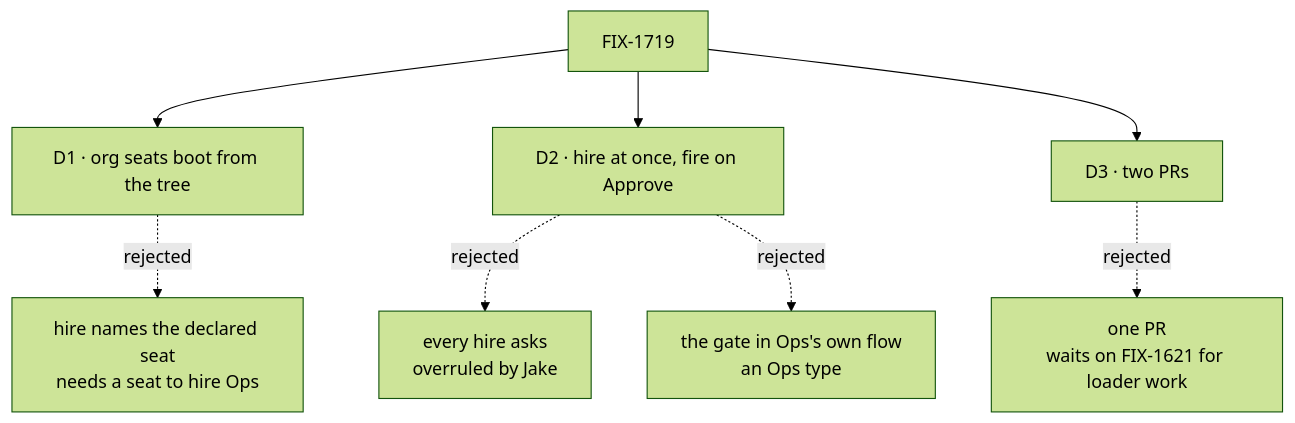
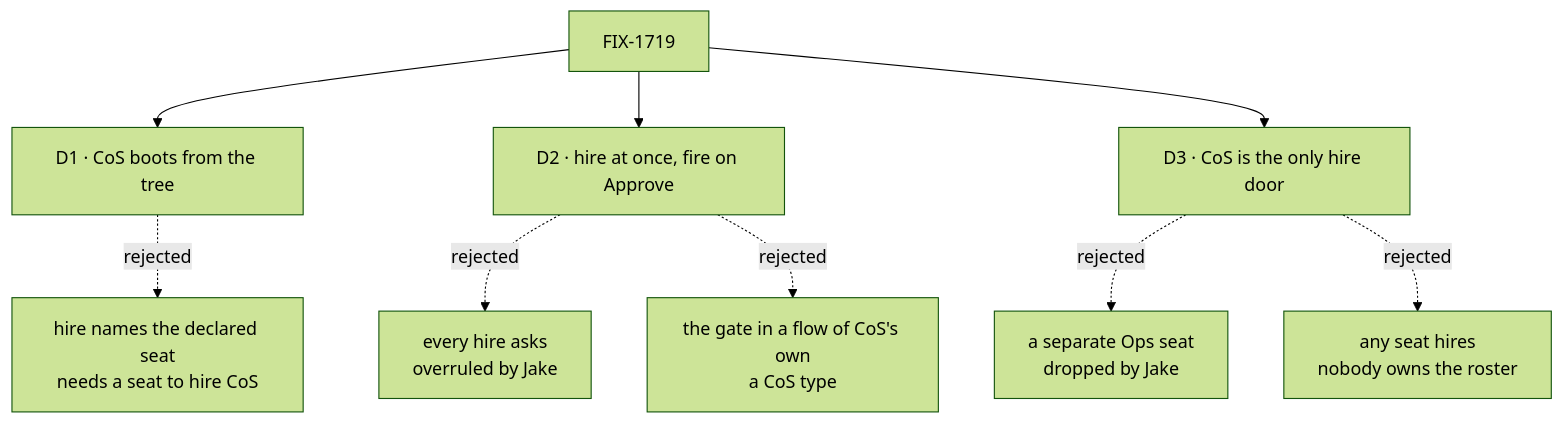
Before and after one commit to fixpoint-labs/flow-state-dev: the diagram in specs/issues/FIX-1719/DECISIONS.md, drawn with Mermaid (forest theme). The commit also changed other lines of this file and 9 other files, not shown here.

First line of the commit message:
spec(FIX-1719): one org admin seat — CoS holds hire and fire, Ops dropped

````diff
--- a/specs/issues/FIX-1719/DECISIONS.md
+++ b/specs/issues/FIX-1719/DECISIONS.md
@@ -12,10 +13,11 @@
 ```mermaid
 flowchart TD
-  I["FIX-1719"] --> D1["D1 · org seats boot from the tree"]
-  D1 -.->|"rejected"| X1["hire names the declared seat<br/>needs a seat to hire Ops"]
+  I["FIX-1719"] --> D1["D1 · CoS boots from the tree"]
+  D1 -.->|"rejected"| X1["hire names the declared seat<br/>needs a seat to hire CoS"]
   I --> D2["D2 · hire at once, fire on Approve"]
   D2 -.->|"rejected"| X2["every hire asks<br/>overruled by Jake"]
-  D2 -.->|"rejected"| X3["the gate in Ops's own flow<br/>an Ops type"]
-  I --> D3["D3 · two PRs"]
-  D3 -.->|"rejected"| X4["one PR<br/>waits on FIX-1621 for loader work"]
+  D2 -.->|"rejected"| X3["the gate in a flow of CoS's own<br/>a CoS type"]
+  I --> D3["D3 · CoS is the only hire door"]
+  D3 -.->|"rejected"| X4["a separate Ops seat<br/>dropped by Jake"]
+  D3 -.->|"rejected"| X5["any seat hires<br/>nobody owns the roster"]
 ```
````
